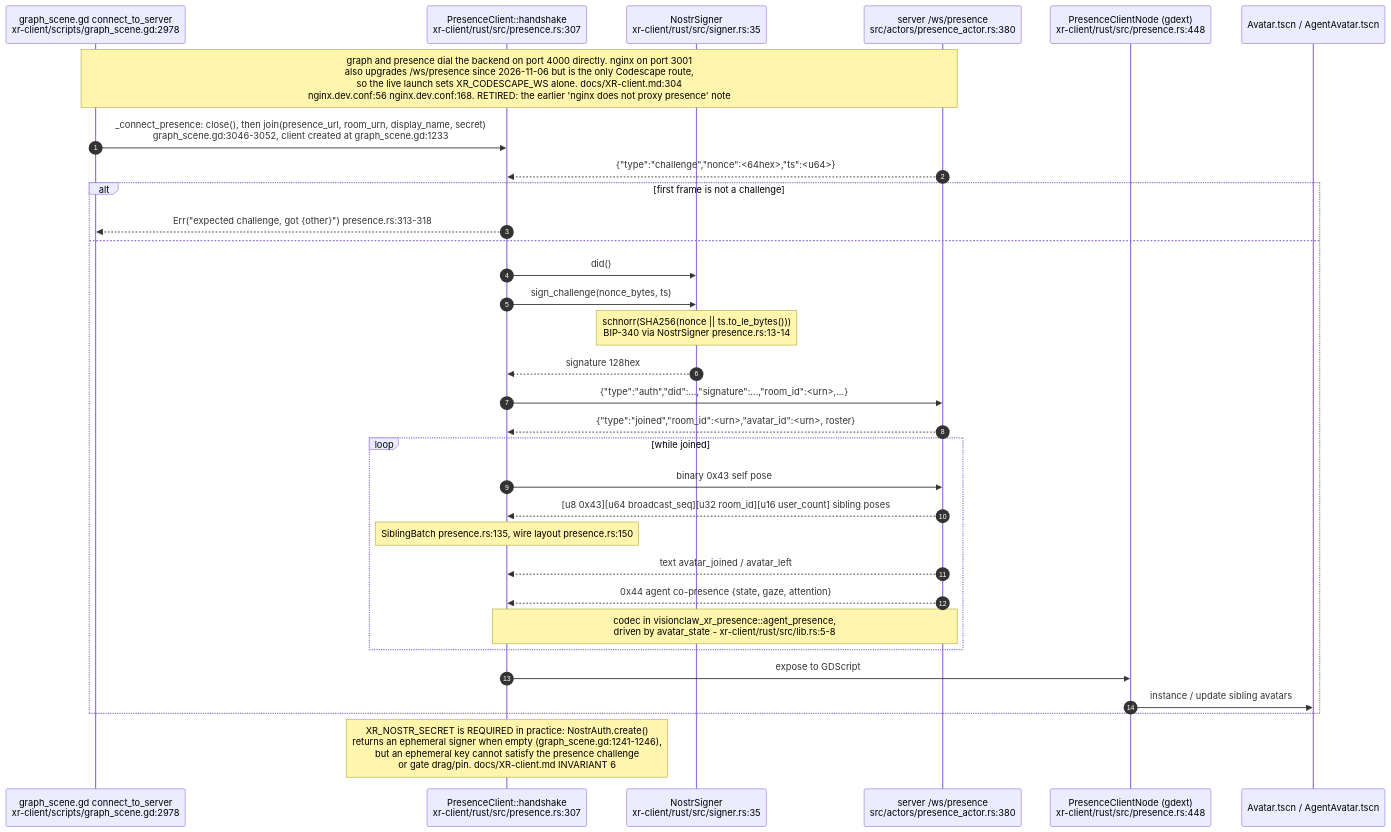
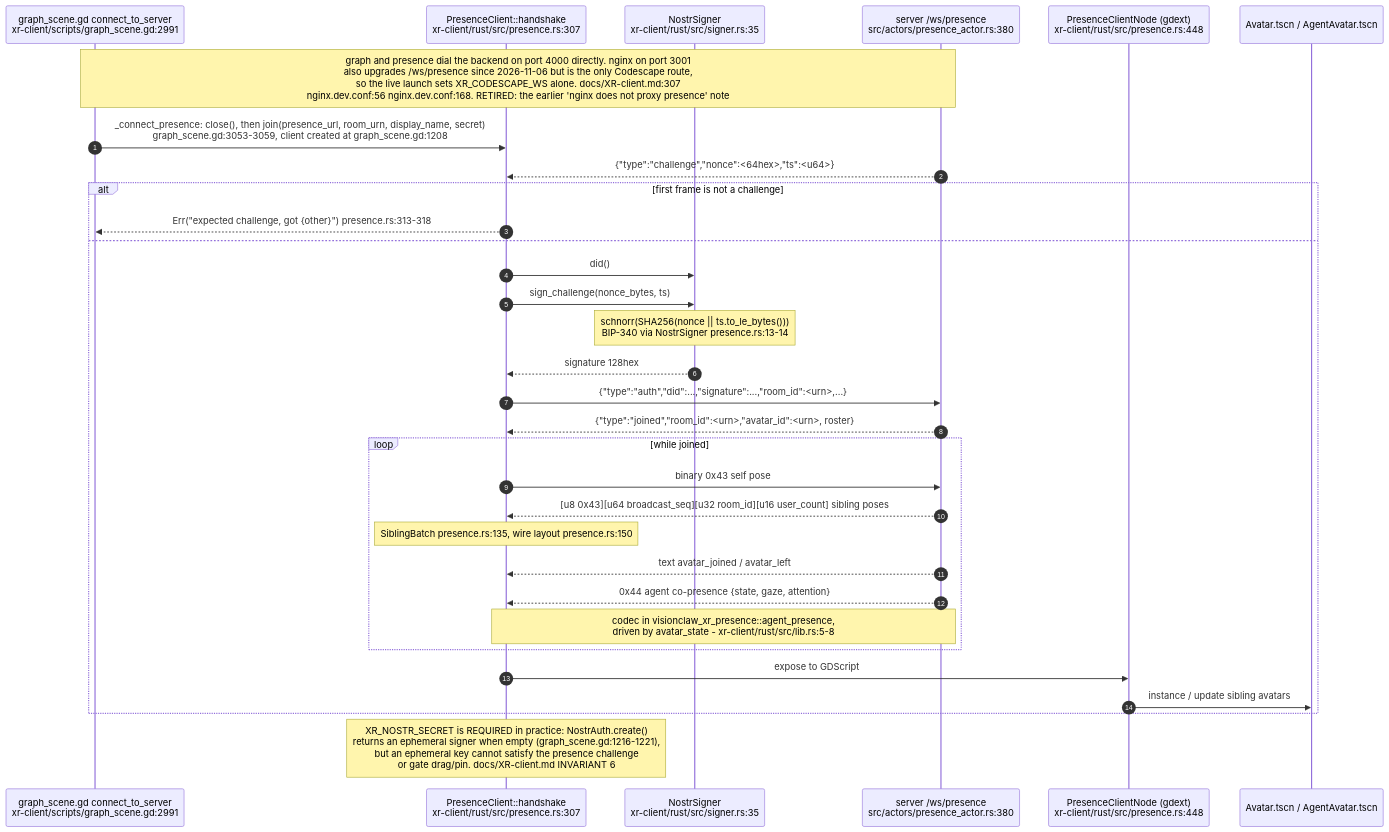
The tenth of 30 diagrams in docs/diagrams/visionclaw/36-godot-xr-client.md (DreamLab-AI/VisionFlow), drawn with Mermaid before and after one commit. The commit also changed other lines of this file and 24 other files, not shown here.

Commit message:
docs: align XR liveness, filtering and rendering diagrams (#33)

````diff
--- a/docs/diagrams/visionclaw/36-godot-xr-client.md
+++ b/docs/diagrams/visionclaw/36-godot-xr-client.md
@@ -595,35 +608,35 @@
 ```mermaid
 sequenceDiagram
     autonumber
-    participant GS as graph_scene.gd connect_to_server<br/>xr-client/scripts/graph_scene.gd:2978
+    participant GS as graph_scene.gd connect_to_server<br/>xr-client/scripts/graph_scene.gd:2991
     participant PC as PresenceClient::handshake<br/>xr-client/rust/src/presence.rs:307
     participant SG as NostrSigner<br/>xr-client/rust/src/signer.rs:35
     participant SV as server /ws/presence<br/>src/actors/presence_actor.rs:380
     participant PN as PresenceClientNode (gdext)<br/>xr-client/rust/src/presence.rs:448
     participant AV as Avatar.tscn / AgentAvatar.tscn
 
-    Note over GS,SV: graph and presence dial the backend on port 4000 directly. nginx on port 3001<br/>also upgrades /ws/presence since 2026-11-06 but is the only Codescape route,<br/>so the live launch sets XR_CODESCAPE_WS alone. docs/XR-client.md:304<br/>nginx.dev.conf:56 nginx.dev.conf:168. RETIRED: the earlier 'nginx does not proxy presence' note
-    GS->>PC: _connect_presence: close(), then join(presence_url, room_urn, display_name, secret)<br/>graph_scene.gd:3046-3052, client created at graph_scene.gd:1233
+    Note over GS,SV: graph and presence dial the backend on port 4000 directly. nginx on port 3001<br/>also upgrades /ws/presence since 2026-11-06 but is the only Codescape route,<br/>so the live launch sets XR_CODESCAPE_WS alone. docs/XR-client.md:307<br/>nginx.dev.conf:56 nginx.dev.conf:168. RETIRED: the earlier 'nginx does not proxy presence' note
+    GS->>PC: _connect_presence: close(), then join(presence_url, room_urn, display_name, secret)<br/>graph_scene.gd:3053-3059, client created at graph_scene.gd:1208
     SV-->>PC: {"type":"challenge","nonce":<64hex>,"ts":<u64>}
     alt first frame is not a challenge
         PC-->>GS: Err("expected challenge, got {other}") presence.rs:313-318
     else
         PC->>SG: did()
         PC->>SG: sign_challenge(nonce_bytes, ts)
         Note over SG: schnorr(SHA256(nonce || ts.to_le_bytes()))<br/>BIP-340 via NostrSigner presence.rs:13-14
         SG-->>PC: signature 128hex
         PC->>SV: {"type":"auth","did":...,"signature":...,"room_id":<urn>,...}
         SV-->>PC: {"type":"joined","room_id":<urn>,"avatar_id":<urn>, roster}
         loop while joined
             PC->>SV: binary 0x43 self pose
             SV-->>PC: [u8 0x43][u64 broadcast_seq][u32 room_id][u16 user_count] sibling poses
             Note over PC: SiblingBatch presence.rs:135, wire layout presence.rs:150
             SV-->>PC: text avatar_joined / avatar_left
             SV-->>PC: 0x44 agent co-presence {state, gaze, attention}
             Note over SV,PC: codec in visionclaw_xr_presence::agent_presence,<br/>driven by avatar_state - xr-client/rust/src/lib.rs:5-8
         end
         PC->>PN: expose to GDScript
         PN->>AV: instance / update sibling avatars
     end
-    Note over PC: XR_NOSTR_SECRET is REQUIRED in practice: NostrAuth.create()<br/>returns an ephemeral signer when empty (graph_scene.gd:1241-1246),<br/>but an ephemeral key cannot satisfy the presence challenge<br/>or gate drag/pin. docs/XR-client.md INVARIANT 6
+    Note over PC: XR_NOSTR_SECRET is REQUIRED in practice: NostrAuth.create()<br/>returns an ephemeral signer when empty (graph_scene.gd:1216-1221),<br/>but an ephemeral key cannot satisfy the presence challenge<br/>or gate drag/pin. docs/XR-client.md INVARIANT 6
 ```
````
